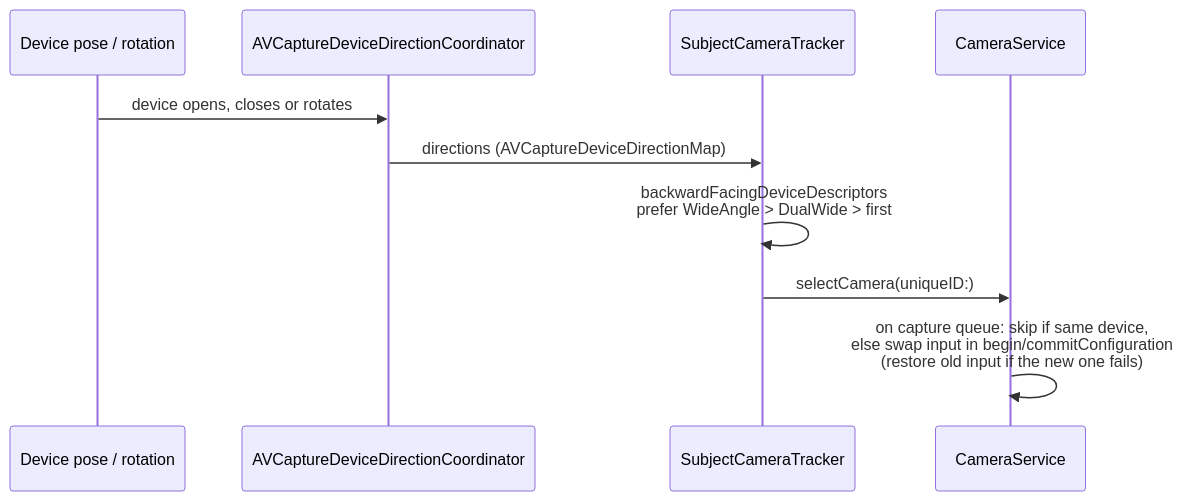
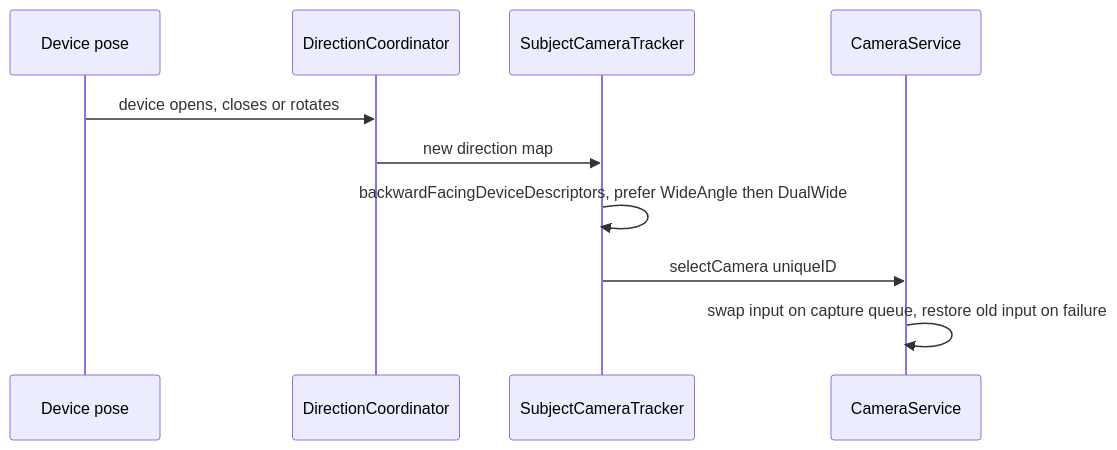
The fourth of 6 diagrams in ARCHITECTURE.md (techadnank9/peekaboo), drawn with Mermaid before and after one commit. The commit also changed other lines of this file, not shown here.

Commit message:
Architecture: Cartoon Me, characters, GitHub-safe diagrams

````diff
--- a/ARCHITECTURE.md
+++ b/ARCHITECTURE.md
@@ -111,12 +135,12 @@
 ```mermaid
 sequenceDiagram
-    participant User as Device pose / rotation
-    participant Coord as AVCaptureDeviceDirectionCoordinator
+    participant Pose as Device pose
+    participant Coord as DirectionCoordinator
     participant Tracker as SubjectCameraTracker
     participant Cam as CameraService
-    User->>Coord: device opens, closes or rotates
-    Coord->>Tracker: directions (AVCaptureDeviceDirectionMap)
-    Tracker->>Tracker: backwardFacingDeviceDescriptors<br/>prefer WideAngle > DualWide > first
-    Tracker->>Cam: selectCamera(uniqueID:)
-    Cam->>Cam: on capture queue: skip if same device,<br/>else swap input in begin/commitConfiguration<br/>(restore old input if the new one fails)
+    Pose->>Coord: device opens, closes or rotates
+    Coord->>Tracker: new direction map
+    Tracker->>Tracker: backwardFacingDeviceDescriptors, prefer WideAngle then DualWide
+    Tracker->>Cam: selectCamera uniqueID
+    Cam->>Cam: swap input on capture queue, restore old input on failure
 ```
````
